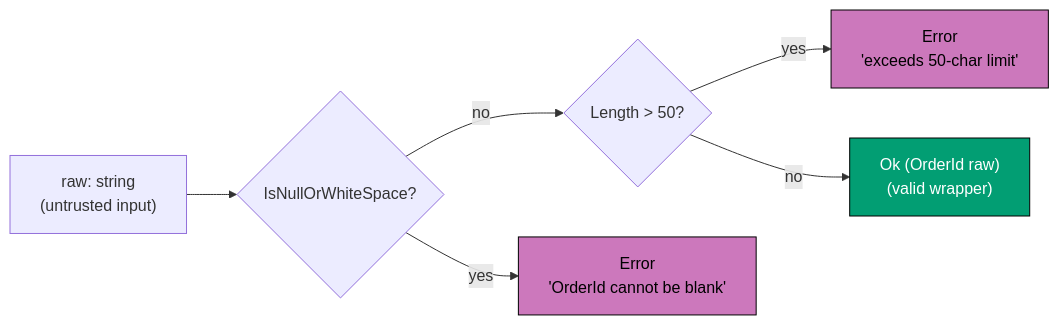
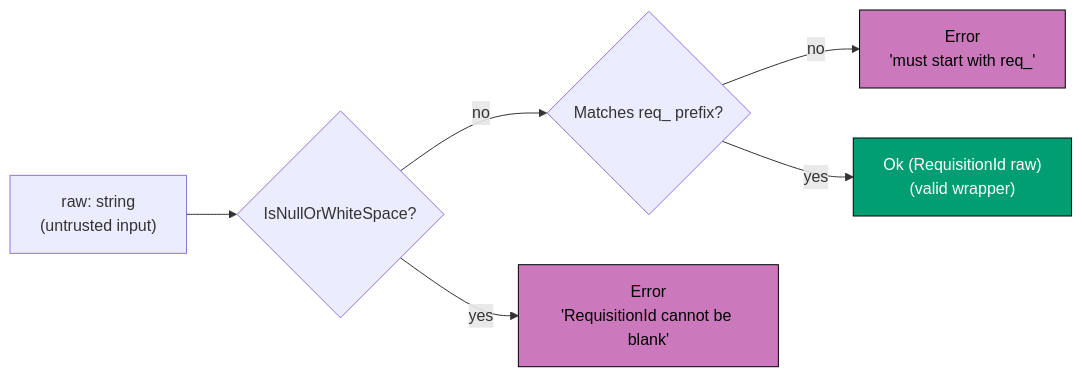
Before and after one commit to wahidyankf/open-sharia-enterprise: the third of 3 diagrams in apps/ayokoding-web/content/en/learn/software-engineering/architecture/domain-driven-design-ddd/fp-by-example/beginner.md, drawn with Mermaid. The commit also changed other lines of this file and 38 other files, not shown here.

First line of the commit message:
docs(ayokoding-web): unify architecture tutorials on shared P2P domain

````diff
--- a/apps/ayokoding-web/content/en/learn/software-engineering/architecture/domain-driven-design-ddd/fp-by-example/beginner.md
+++ b/apps/ayokoding-web/content/en/learn/software-engineering/architecture/domain-driven-design-ddd/fp-by-example/beginner.md
@@ -481,19 +469,19 @@
 ```mermaid
 graph LR
     Raw["raw: string\n(untrusted input)"]
     Check1{"IsNullOrWhiteSpace?"}
-    Check2{"Length > 50?"}
-    Ok["Ok (OrderId raw)\n(valid wrapper)"]
-    Err1["Error\n'OrderId cannot be blank'"]
-    Err2["Error\n'exceeds 50-char limit'"]
+    Check2{"Matches req_ prefix?"}
+    Ok["Ok (RequisitionId raw)\n(valid wrapper)"]
+    Err1["Error\n'RequisitionId cannot be blank'"]
+    Err2["Error\n'must start with req_'"]
 
     Raw --> Check1
     Check1 -- "yes" --> Err1
     Check1 -- "no" --> Check2
-    Check2 -- "yes" --> Err2
-    Check2 -- "no" --> Ok
+    Check2 -- "no" --> Err2
+    Check2 -- "yes" --> Ok
 
     style Ok fill:#029E73,stroke:#000,color:#fff
     style Err1 fill:#CC78BC,stroke:#000,color:#000
     style Err2 fill:#CC78BC,stroke:#000,color:#000
 ```
````
